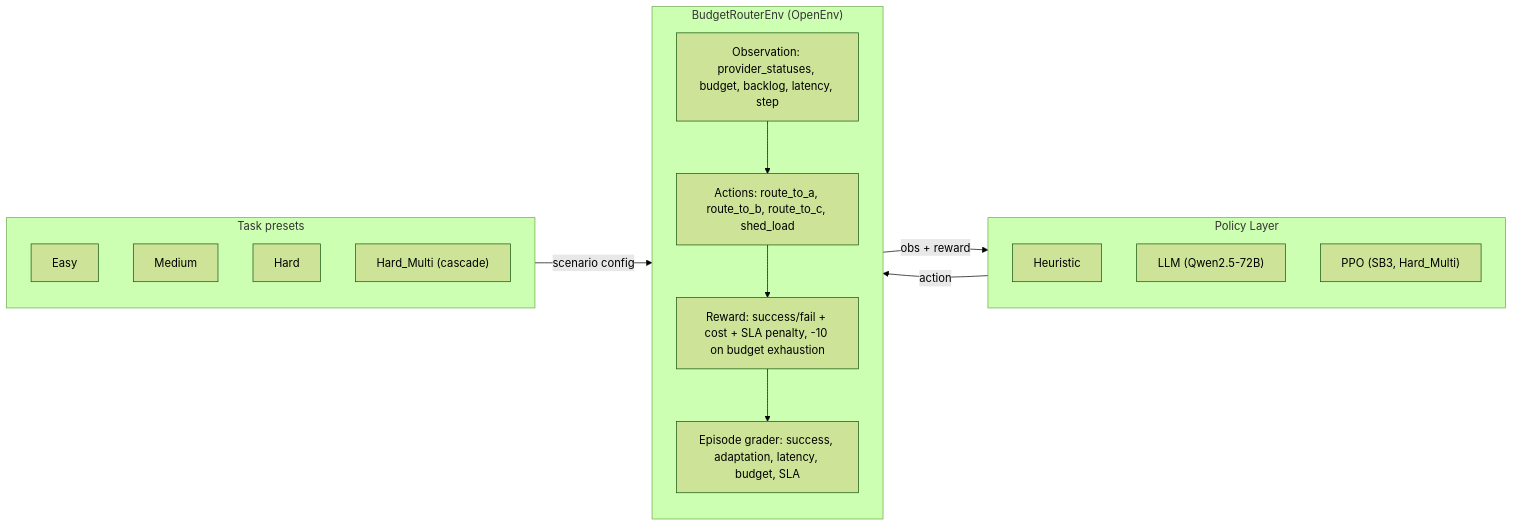
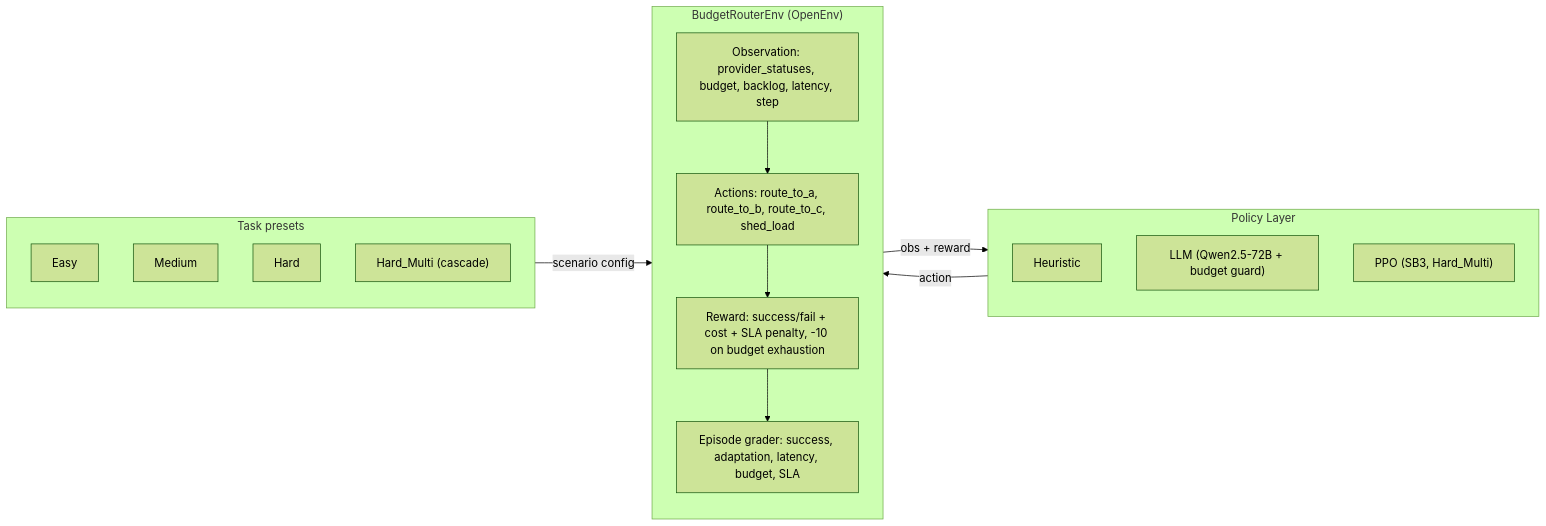
One commit to akshay-babbar/budget-router-openenv changed the diagram in README.md. Above: the diagram before and after it, drawn with Mermaid (forest theme). The commit also changed other lines of this file and 1 other file, not shown here.

````diff
--- a/README.md
+++ b/README.md
@@ -155,28 +222,28 @@
 ```mermaid
 flowchart LR
     subgraph Policy["Policy Layer"]
         H["Heuristic"]
-        L["LLM (Qwen2.5-72B)"]
+        L["LLM (Qwen2.5-72B + budget guard)"]
         P["PPO (SB3, Hard_Multi)"]
     end
 
     subgraph Env["BudgetRouterEnv (OpenEnv)"]
         direction TB
         O["Observation: provider_statuses, budget, backlog, latency, step"]
         A["Actions: route_to_a, route_to_b, route_to_c, shed_load"]
         R["Reward: success/fail + cost + SLA penalty, -10 on budget exhaustion"]
         G["Episode grader: success, adaptation, latency, budget, SLA"]
         O --> A --> R --> G
     end
 
     subgraph Tasks["Task presets"]
         E["Easy"]
         M["Medium"]
         Hd["Hard"]
         HM["Hard_Multi (cascade)"]
     end
 
     Policy -->|"action"| Env
     Env -->|"obs + reward"| Policy
     Tasks -->|"scenario config"| Env
 ```
````
